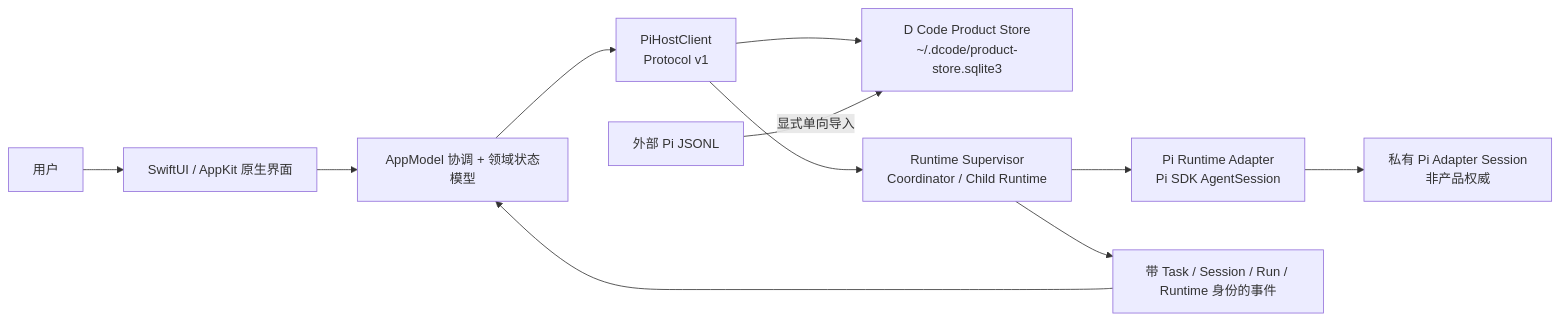
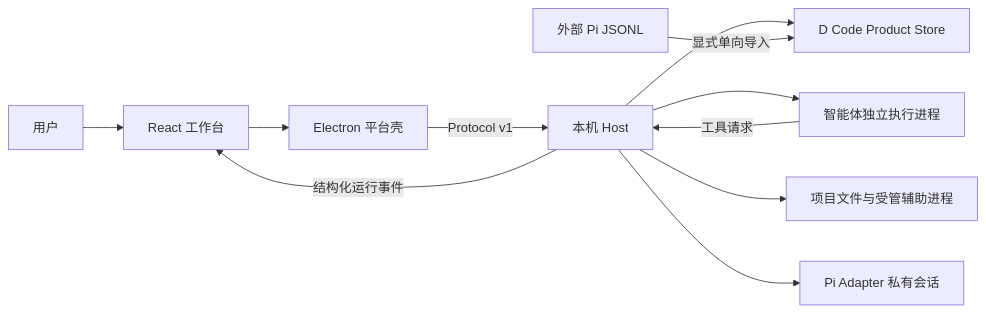
One commit to ssdiwu/dcode changed the diagram in doc/10-架构与运行/README.md. Above: the diagram before and after it, drawn with Mermaid. The commit also changed other lines of this file and 136 other files, not shown here.

Commit message:
refactor(client): 退役 Swift 客户端并承接候选打包

````diff
--- a/doc/10-架构与运行/README.md
+++ b/doc/10-架构与运行/README.md
@@ -13,13 +13,13 @@
 ```mermaid
 flowchart LR
-    User["用户"] --> UI["SwiftUI / AppKit 原生界面"]
-    UI --> Model["AppModel 协调 + 领域状态模型"]
-    Model --> Client["PiHostClient\nProtocol v1"]
-    Client --> Store["D Code Product Store\n~/.dcode/product-store.sqlite3"]
-    Client --> Host["Runtime Supervisor\nCoordinator / Child Runtime"]
-    Host --> SDK["Pi Runtime Adapter\nPi SDK AgentSession"]
-    SDK --> Private["私有 Pi Adapter Session\n非产品权威"]
+    User["用户"] --> UI["React 工作台"]
+    UI --> Shell["Electron 平台壳"]
+    Shell -->|Protocol v1| Host["本机 Host"]
+    Host --> Store["D Code Product Store"]
+    Host --> Agents["智能体独立执行进程"]
+    Agents -->|工具请求| Host
+    Host --> Files["项目文件与受管辅助进程"]
+    Host --> Private["Pi Adapter 私有会话"]
     PiSource["外部 Pi JSONL"] -->|显式单向导入| Store
-    Host --> Events["带 Task / Session / Run / Runtime 身份的事件"]
-    Events --> Model
+    Host -->|结构化运行事件| UI
 ```
````
